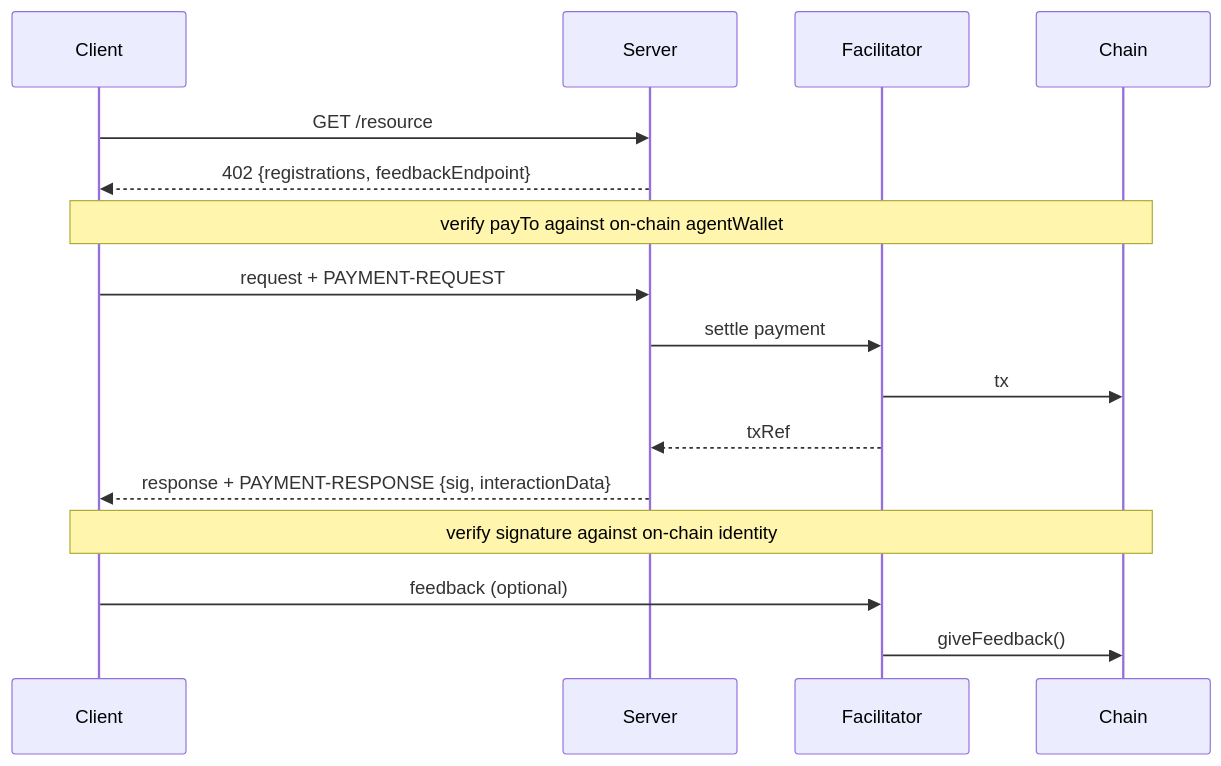
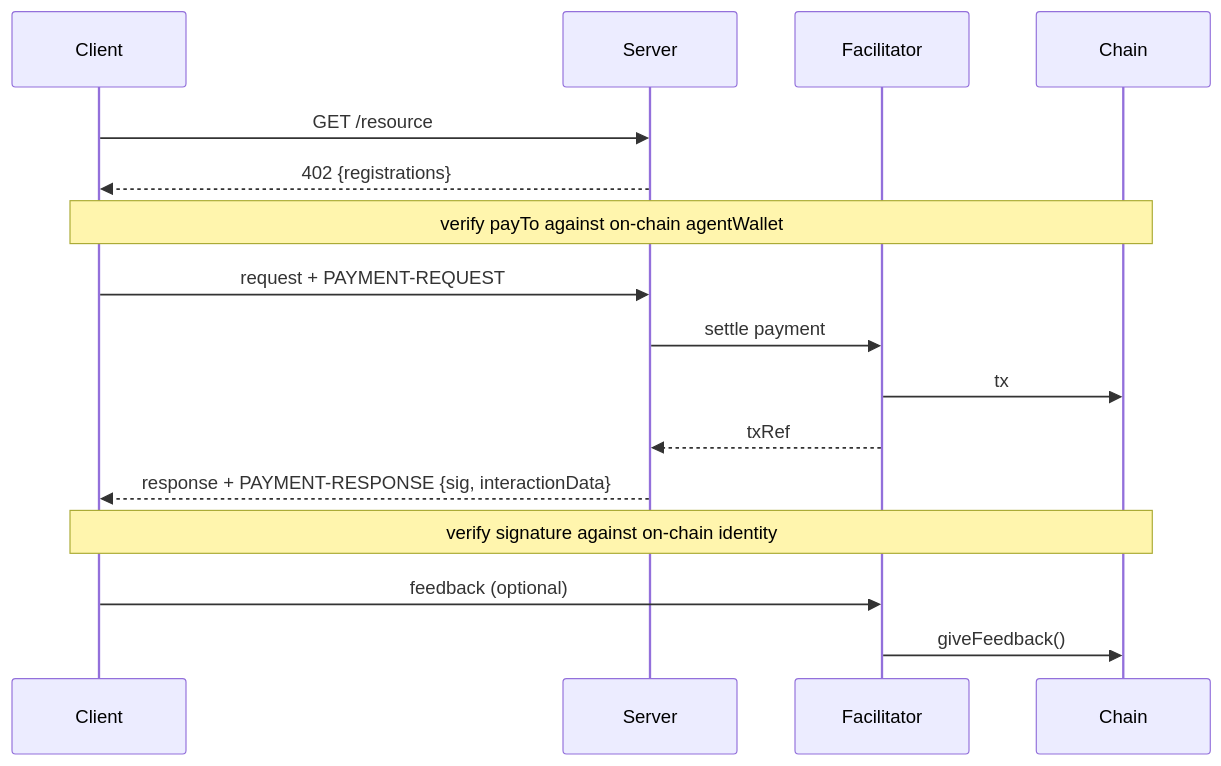
One commit to coinbase/x402 changed the diagram in specs/extensions/reputation.md. Above: the diagram before and after it, drawn with Mermaid. The commit also changed other lines of this file, not shown here.

First line of the commit message:
refactor(reputation): move feedbackEndpoint to PAYMENT-RESPONSE, clarify signing

````diff
--- a/specs/extensions/reputation.md
+++ b/specs/extensions/reputation.md
@@ -19,23 +19,23 @@
 ```mermaid
 sequenceDiagram
     participant C as Client
     participant S as Server
     participant F as Facilitator
     participant Ch as Chain
 
     C->>S: GET /resource
-    S-->>C: 402 {registrations, feedbackEndpoint}
+    S-->>C: 402 {registrations}
 
     Note over C,Ch: verify payTo against on-chain agentWallet
 
     C->>S: request + PAYMENT-REQUEST
     S->>F: settle payment
     F->>Ch: tx
     F-->>S: txRef
     S-->>C: response + PAYMENT-RESPONSE {sig, interactionData}
 
     Note over C,Ch: verify signature against on-chain identity
 
     C->>F: feedback (optional)
     F->>Ch: giveFeedback()
 ```
````
